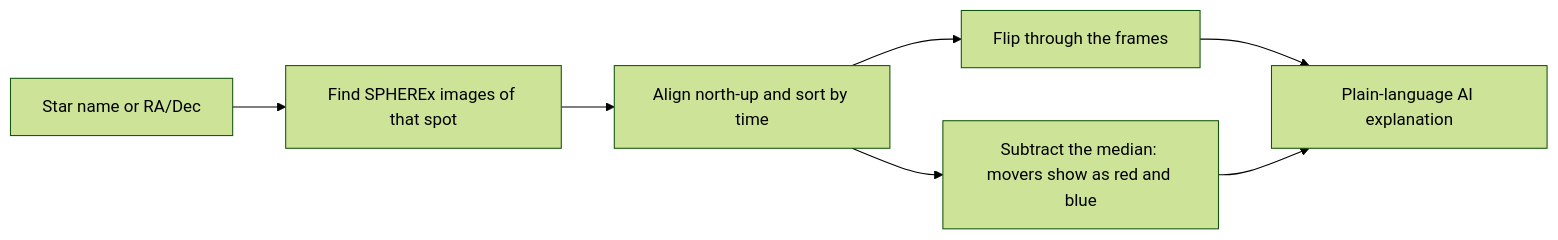
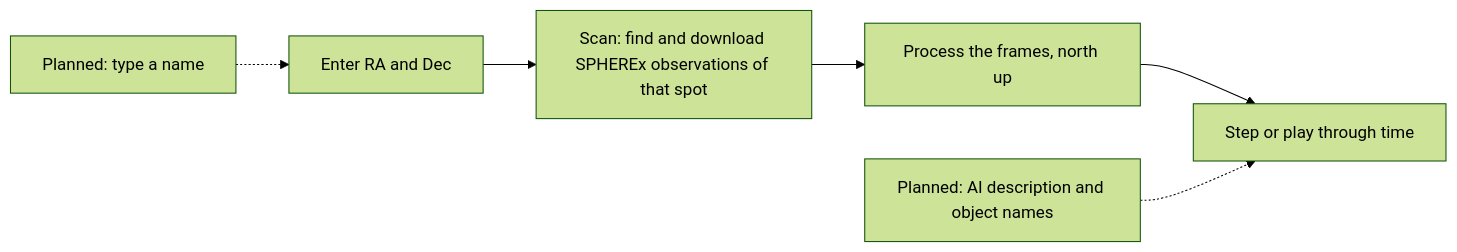
Before and after one commit to aedrobny/NH2T-Planet-X-and-SPHEREx: the diagram in README.md, drawn with Mermaid (forest theme). The commit also changed other lines of this file, not shown here.

````diff
--- a/README.md
+++ b/README.md
@@ -88,9 +90,8 @@
 ```mermaid
 flowchart LR
-    A[Star name or RA/Dec] --> B[Find SPHEREx images of that spot]
-    B --> C[Align north-up and sort by time]
-    C --> D[Flip through the frames]
-    C --> E[Subtract the median: movers show as red and blue]
-    D --> F[Plain-language AI explanation]
-    E --> F
+    A[Enter RA and Dec] --> B[Scan: find and download SPHEREx observations of that spot]
+    B --> C[Process the frames, north up]
+    C --> D[Step or play through time]
+    N[Planned: type a name] -.-> A
+    L[Planned: AI description and object names] -.-> D
 ```
````
